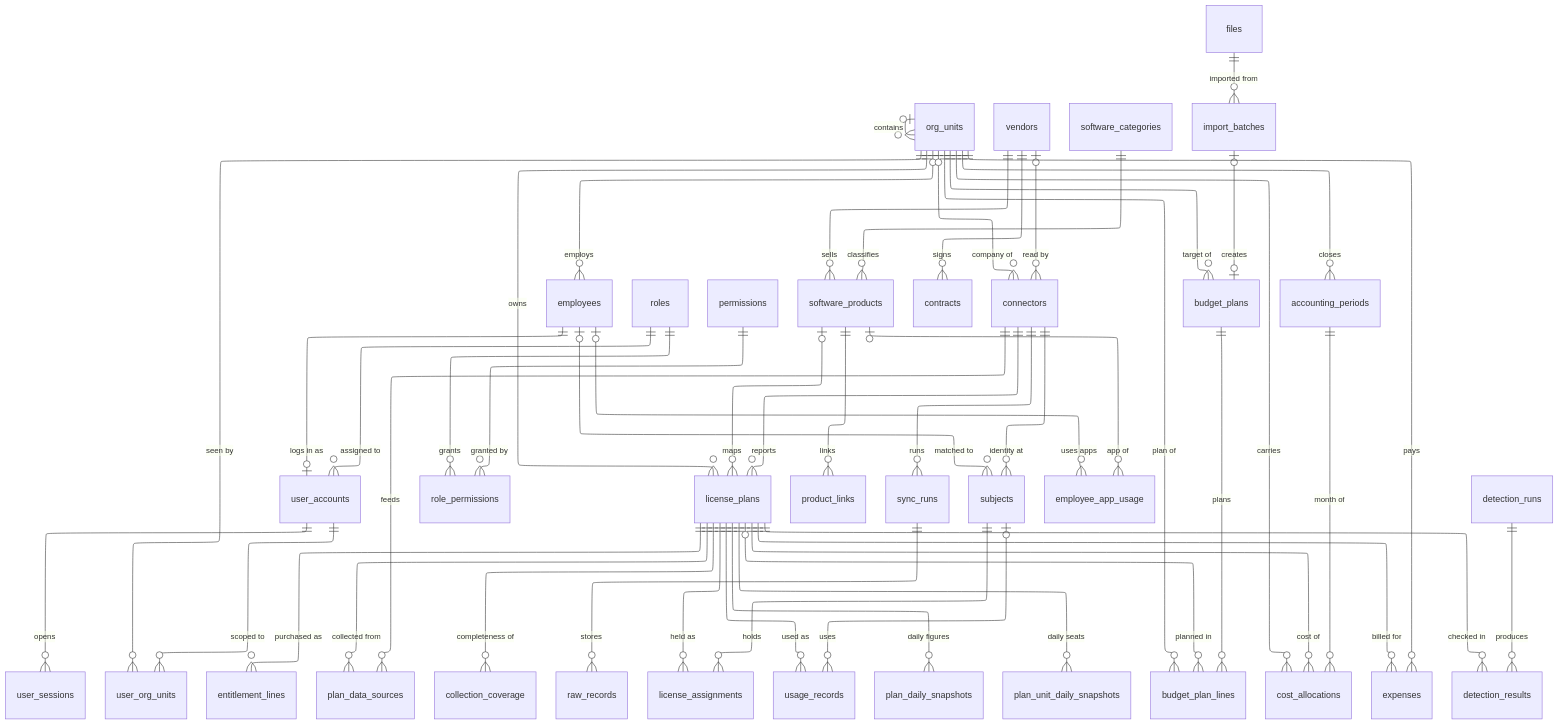
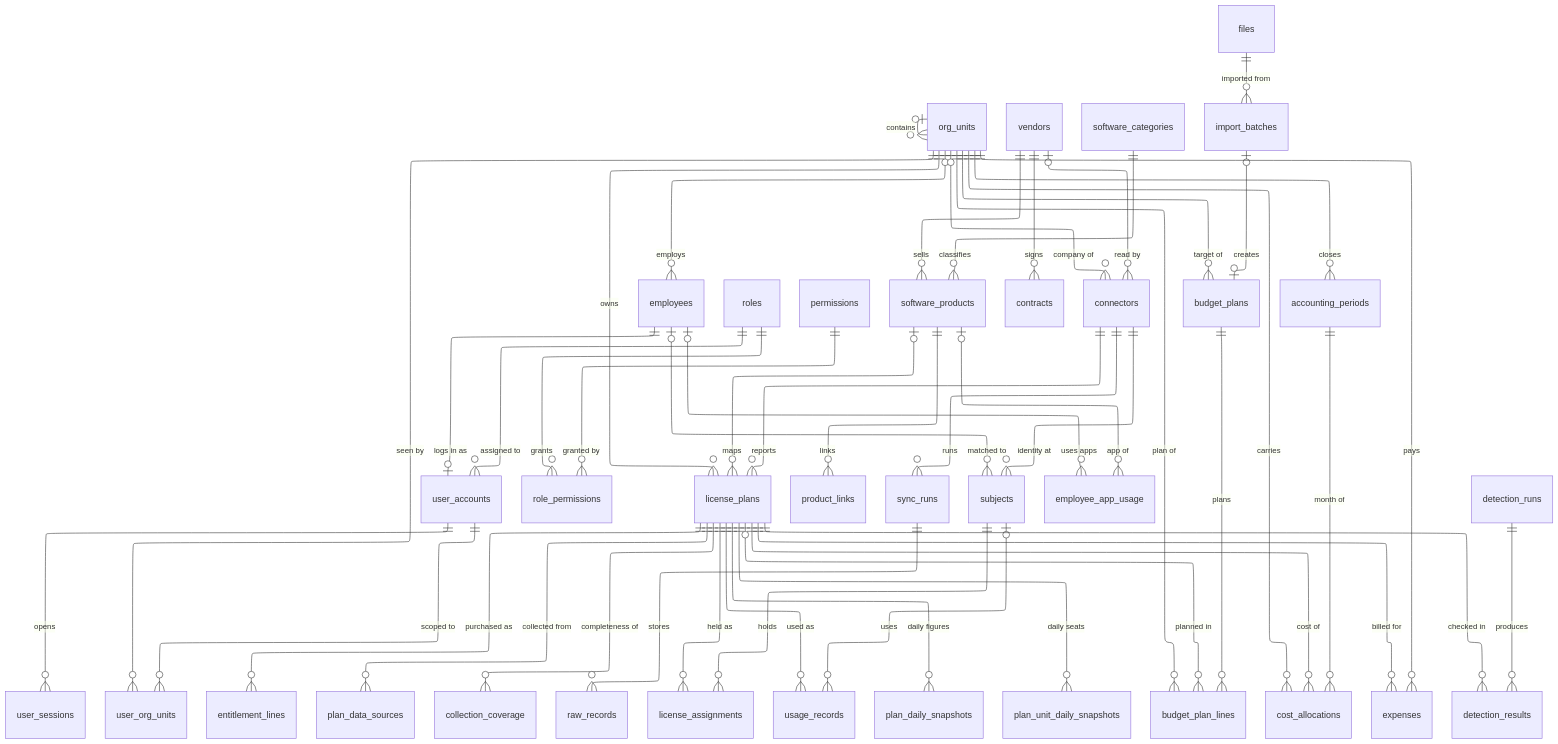
One commit to cuonglpv/VFast changed the diagram in docs/database/diagrams/erd_overview.mmd. Above: the diagram before and after it, drawn with Mermaid. The commit also changed 15 other files, not shown here.

First line of the commit message:
docs: fix logic gaps found in the database schema review

```diff
--- a/docs/database/diagrams/erd_overview.mmd
+++ b/docs/database/diagrams/erd_overview.mmd
@@ -1,56 +1,55 @@
 ---
 config:
   layout: elk
   elk:
     mergeEdges: false
     nodePlacementStrategy: NETWORK_SIMPLEX
 ---
 erDiagram
     org_units |o--o{ org_units : "contains"
     org_units |o--o{ employees : "employs"
     employees ||--o| user_accounts : "logs in as"
     roles ||--o{ user_accounts : "assigned to"
     roles ||--o{ role_permissions : grants
     permissions ||--o{ role_permissions : "granted by"
     user_accounts ||--o{ user_sessions : opens
     user_accounts ||--o{ user_org_units : "scoped to"
     org_units ||--o{ user_org_units : "seen by"
     vendors ||--o{ software_products : sells
     vendors ||--o{ contracts : signs
     software_categories ||--o{ software_products : classifies
     software_products |o--o{ license_plans : "maps"
     software_products ||--o{ product_links : links
     org_units ||--o{ license_plans : owns
     license_plans ||--o{ entitlement_lines : "purchased as"
     vendors |o--o{ connectors : "read by"
     org_units |o--o{ connectors : "company of"
     connectors ||--o{ license_plans : reports
     connectors ||--o{ sync_runs : runs
     license_plans ||--o{ plan_data_sources : "collected from"
-    connectors ||--o{ plan_data_sources : feeds
     license_plans ||--o{ collection_coverage : "completeness of"
     sync_runs ||--o{ raw_records : stores
     files ||--o{ import_batches : "imported from"
     connectors ||--o{ subjects : "identity at"
     employees |o--o{ subjects : "matched to"
     license_plans ||--o{ license_assignments : "held as"
     subjects ||--o{ license_assignments : holds
     license_plans ||--o{ usage_records : "used as"
     subjects |o--o{ usage_records : uses
     license_plans ||--o{ plan_daily_snapshots : "daily figures"
     license_plans ||--o{ plan_unit_daily_snapshots : "daily seats"
     employees |o--o{ employee_app_usage : "uses apps"
     software_products |o--o{ employee_app_usage : "app of"
     org_units ||--o{ budget_plans : "target of"
     import_batches |o--o| budget_plans : creates
     budget_plans ||--o{ budget_plan_lines : plans
     license_plans |o--o{ budget_plan_lines : "planned in"
     org_units ||--o{ budget_plan_lines : "plan of"
     accounting_periods ||--o{ cost_allocations : "month of"
     license_plans ||--o{ cost_allocations : "cost of"
     org_units ||--o{ cost_allocations : carries
     license_plans ||--o{ expenses : "billed for"
     org_units ||--o{ expenses : pays
     org_units ||--o{ accounting_periods : closes
     detection_runs ||--o{ detection_results : produces
     license_plans ||--o{ detection_results : "checked in"
```
